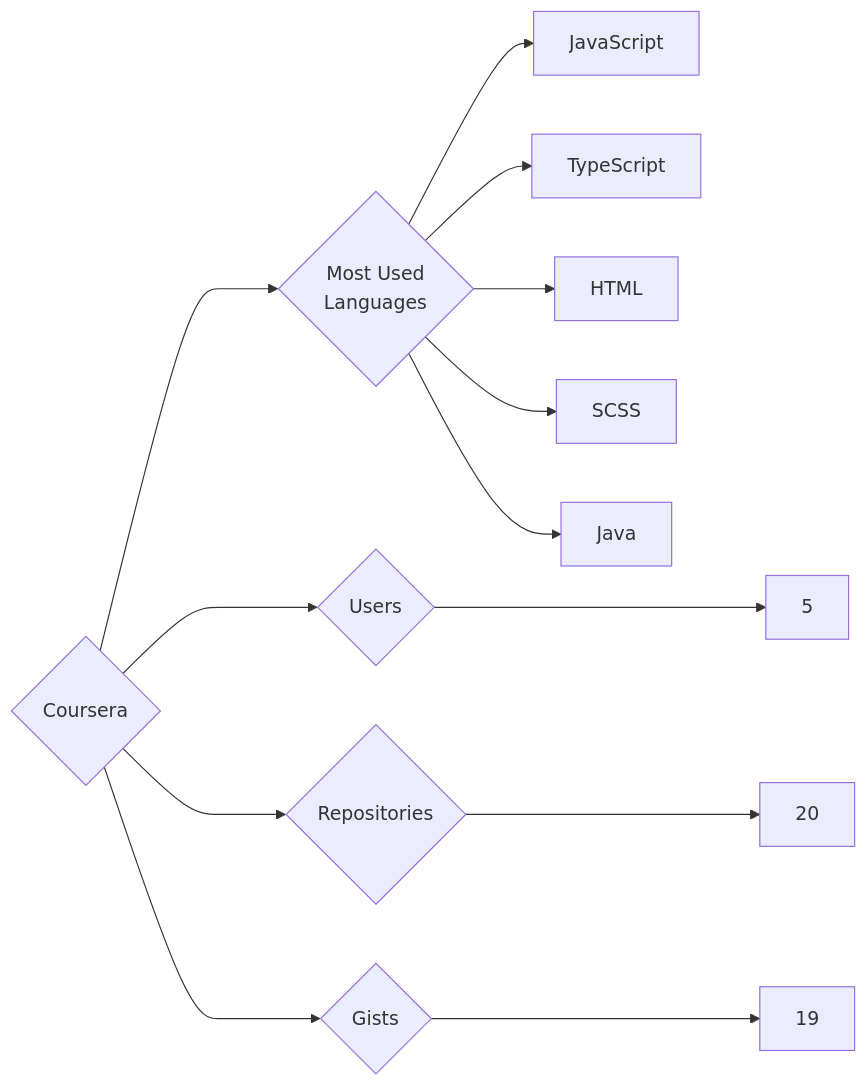
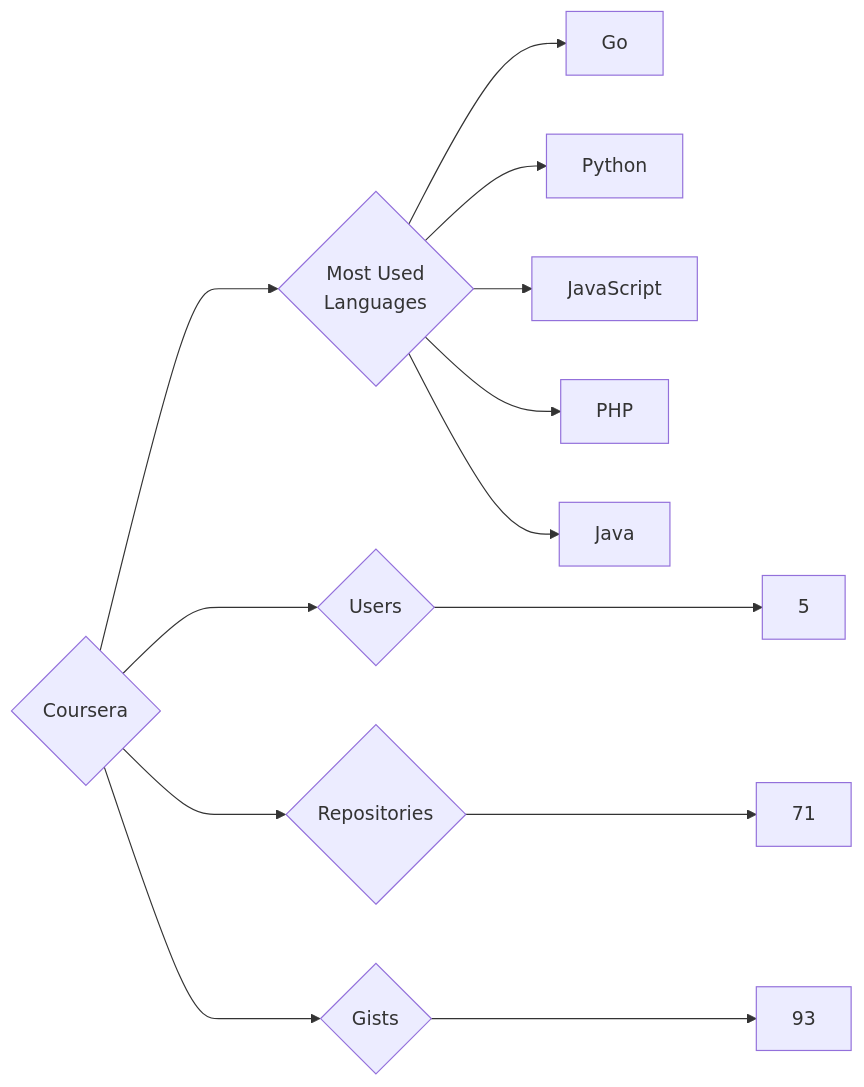
One commit to trickest/insiders changed the diagram in targets/Coursera/README.md. Above: the diagram before and after it, drawn with Mermaid. The commit also changed 559 other files, not shown here.

````diff
--- a/targets/Coursera/README.md
+++ b/targets/Coursera/README.md
@@ -3,13 +3,13 @@
 ```mermaid
 graph LR
 COMPANY_NAME{Coursera}
 COMPANY_NAME ---> U{Users} ---> UN[5]
-COMPANY_NAME ---> R{Repositories} ---> RN[20]
-COMPANY_NAME ---> G{Gists} ---> GN[19]
+COMPANY_NAME ---> R{Repositories} ---> RN[71]
+COMPANY_NAME ---> G{Gists} ---> GN[93]
 COMPANY_NAME ---> ML{Most Used<br>Languages}
+ML --> Go[Go]
+ML --> Python[Python]
 ML --> JavaScript[JavaScript]
-ML --> TypeScript[TypeScript]
-ML --> HTML[HTML]
-ML --> SCSS[SCSS]
+ML --> PHP[PHP]
 ML --> Java[Java]
 ```
````
